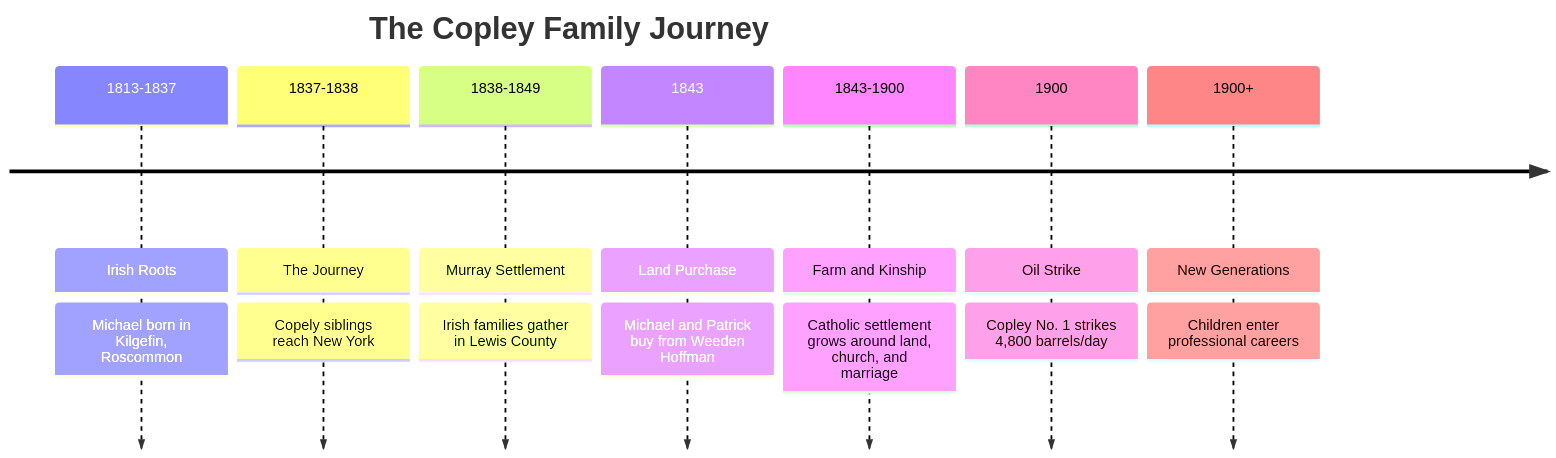
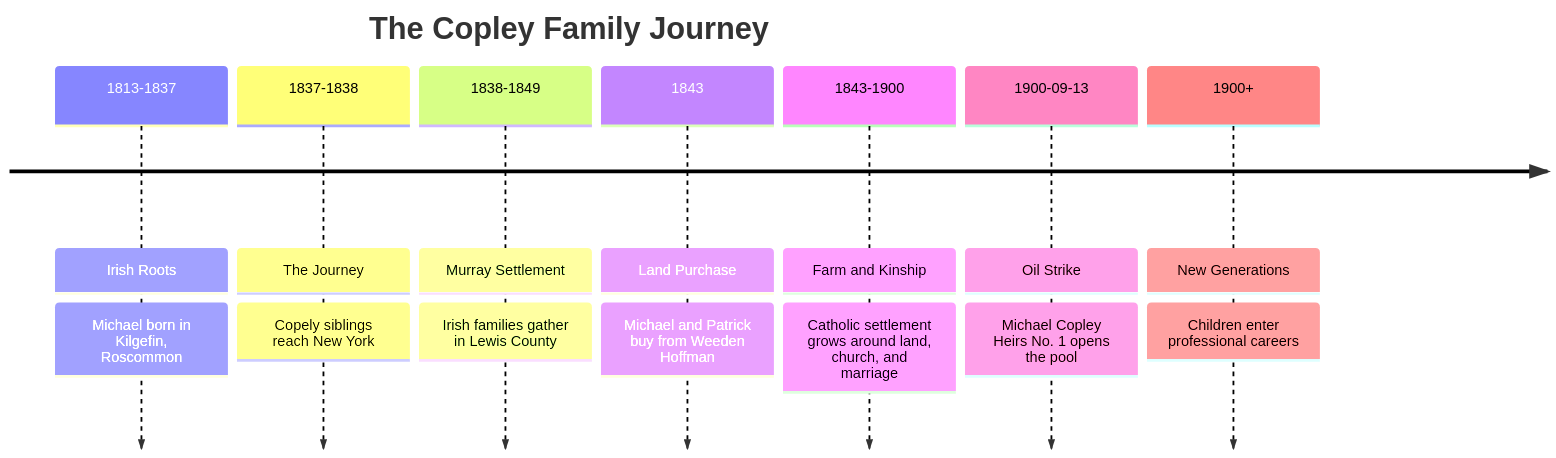
One commit to zcopley/copley-family-research changed the diagram in The Copley Family Narrative.md. Above: the diagram before and after it, drawn with Mermaid. The commit also changed other lines of this file and 14 other files, not shown here.

Commit message:
Integrate Copley heirs oil-title research

````diff
--- a/The Copley Family Narrative.md
+++ b/The Copley Family Narrative.md
@@ -17,12 +17,12 @@
 ```mermaid
 timeline
     title The Copley Family Journey
     
     1813-1837 : Irish Roots : Michael born in Kilgefin, Roscommon
     1837-1838 : The Journey : Copely siblings reach New York
     1838-1849 : Murray Settlement : Irish families gather in Lewis County
     1843 : Land Purchase : Michael and Patrick buy from Weeden Hoffman
     1843-1900 : Farm and Kinship : Catholic settlement grows around land, church, and marriage
-    1900 : Oil Strike : Copley No. 1 strikes 4,800 barrels/day
+    1900-09-13 : Oil Strike : Michael Copley Heirs No. 1 opens the pool
     1900+ : New Generations : Children enter professional careers
 ```
````
